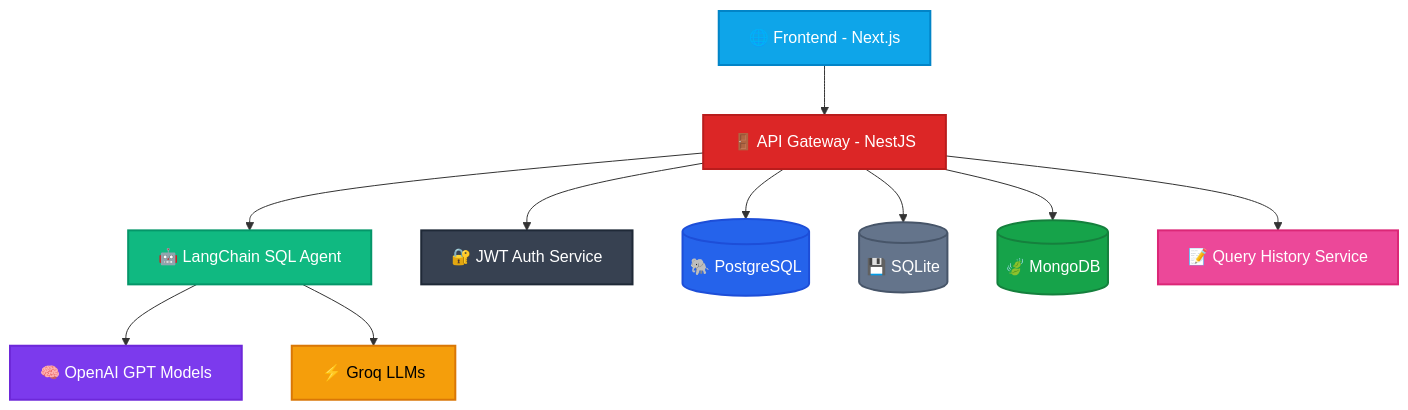
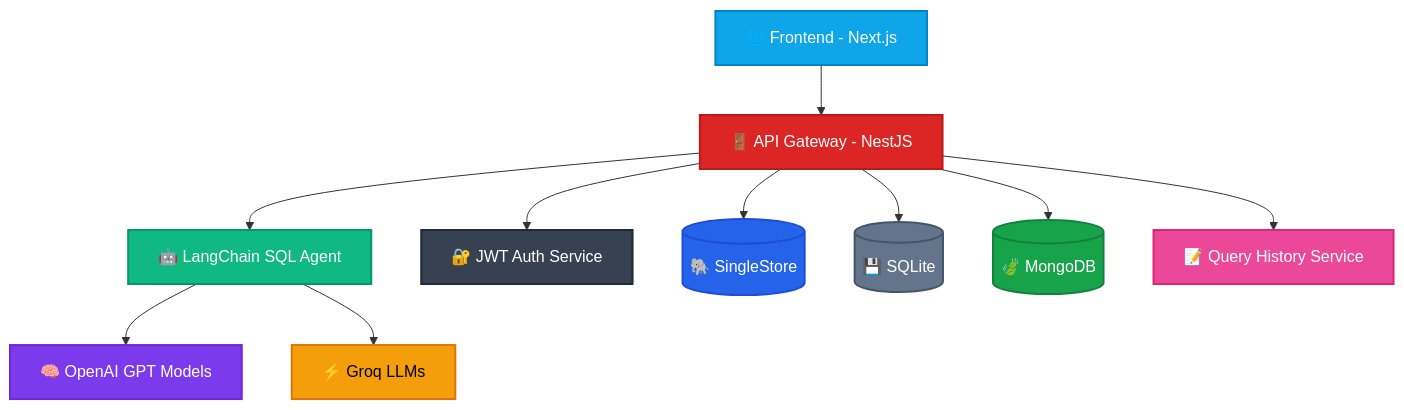
The diagram in README.md (paradise2580/NL-to-SQLagent), drawn with Mermaid before and after one commit.

````diff
--- a/README.md
+++ b/README.md
@@ -67,23 +67,23 @@
 ```mermaid
 graph TB
     A[🌐 Frontend - Next.js] --> B[🚪 API Gateway - NestJS]
     B --> C[🤖 LangChain SQL Agent]
     C --> D1[🧠 OpenAI GPT Models]
     C --> D2[⚡ Groq LLMs]
     B --> E[🔐 JWT Auth Service]
-    B --> F[(🐘 PostgreSQL)]
+    B --> F[(🐘 SingleStore)]
     B --> G[(💾 SQLite)]
     B --> H[(🍃 MongoDB)]
     B --> I[📝 Query History Service]
     
     style A fill:#0ea5e9,stroke:#0284c7,stroke-width:2px,color:#ffffff
     style B fill:#dc2626,stroke:#b91c1c,stroke-width:2px,color:#ffffff
     style C fill:#10b981,stroke:#059669,stroke-width:2px,color:#ffffff
     style D1 fill:#7c3aed,stroke:#6d28d9,stroke-width:2px,color:#ffffff
     style D2 fill:#f59e0b,stroke:#d97706,stroke-width:2px,color:#000000
     style E fill:#374151,stroke:#1f2937,stroke-width:2px,color:#ffffff
     style F fill:#2563eb,stroke:#1d4ed8,stroke-width:2px,color:#ffffff
     style G fill:#64748b,stroke:#475569,stroke-width:2px,color:#ffffff
     style H fill:#16a34a,stroke:#15803d,stroke-width:2px,color:#ffffff
     style I fill:#ec4899,stroke:#db2777,stroke-width:2px,color:#ffffff
 ```
````
